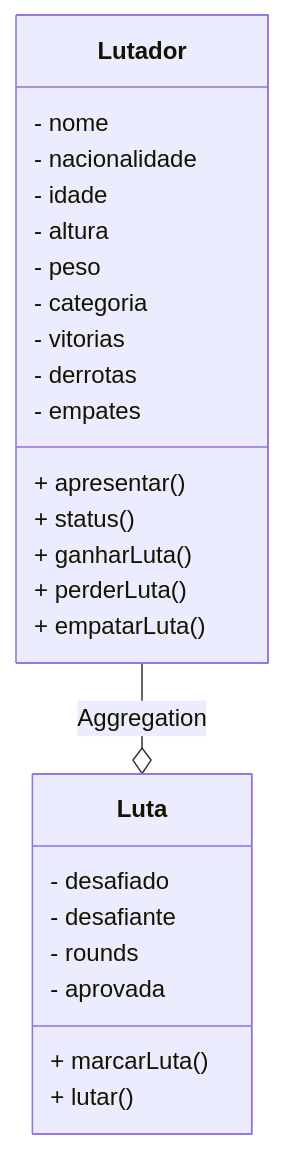
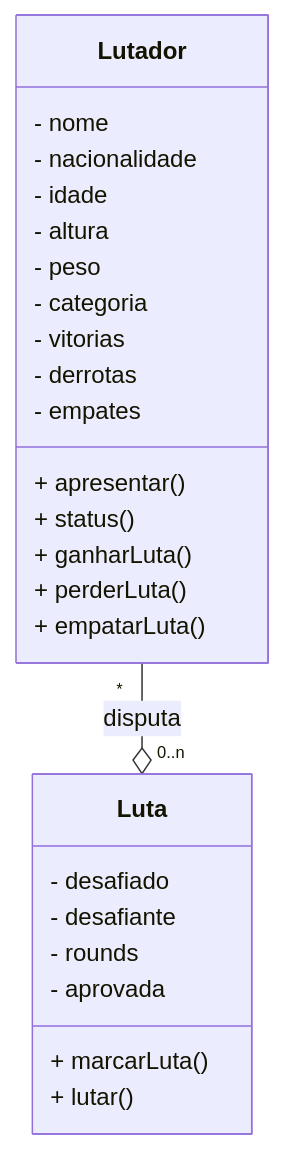
One commit to gildoneto/java-poo-iniciante changed the second of 2 diagrams in README.md. Above: the diagram before and after it, drawn with Mermaid. The commit also changed other lines of this file and 6 other files, not shown here.

````diff
--- a/README.md
+++ b/README.md
@@ -146,28 +154,28 @@
 ```mermaid
 classDiagram
     class Luta
     Luta : - desafiado
     Luta : - desafiante
     Luta : - rounds
     Luta : - aprovada
     Luta : + marcarLuta()
     Luta : + lutar()
 
     class Lutador
     Lutador : - nome
     Lutador : - nacionalidade
     Lutador : - idade
     Lutador : - altura
     Lutador : - peso
     Lutador : - categoria
     Lutador : - vitorias
     Lutador : - derrotas
     Lutador : - empates
     Lutador : + apresentar()
     Lutador : + status()
     Lutador : + ganharLuta()
     Lutador : + perderLuta()
     Lutador : + empatarLuta()
 
-    Lutador --o Luta : Aggregation
+    Lutador "*" --o "0..n" Luta : disputa
 ```
````
